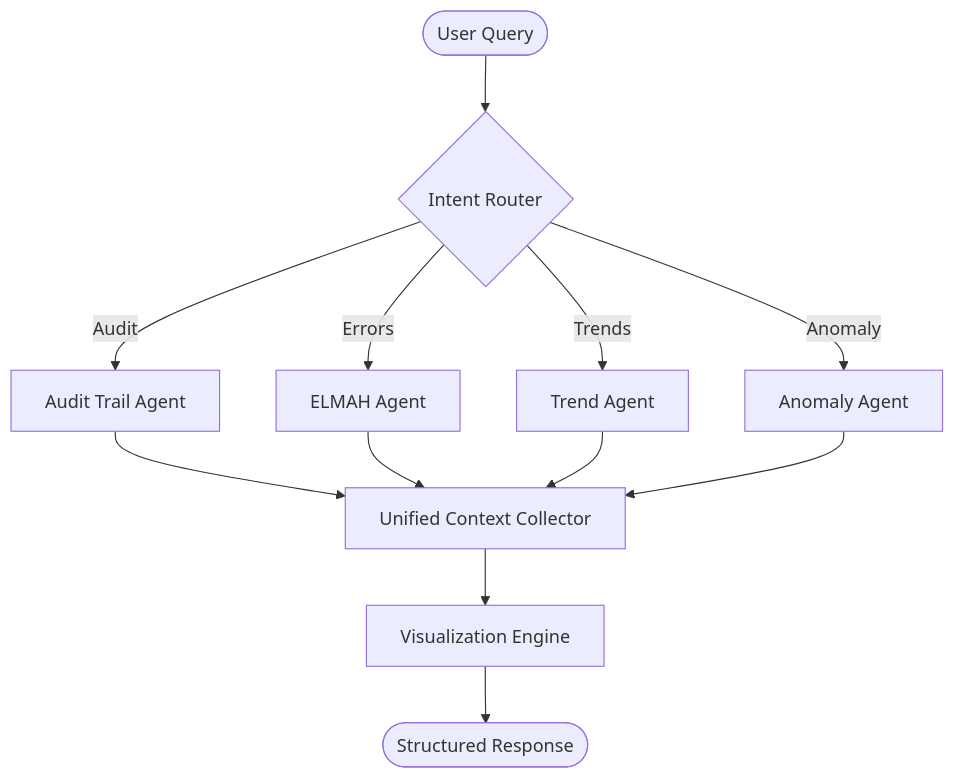
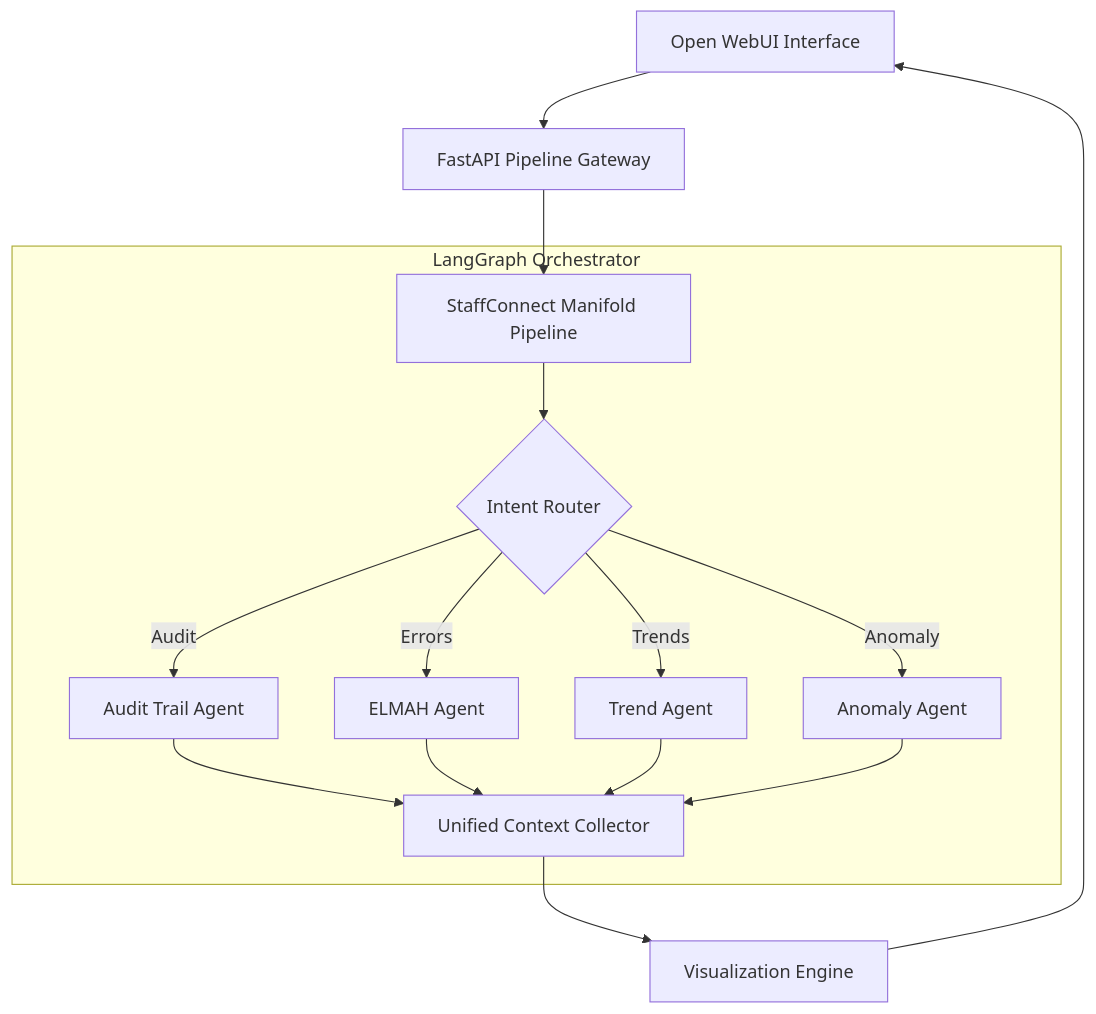
One commit to s8m21/Multi-Agent-SQL-Pipeline changed the diagram in README.md. Above: the diagram before and after it, drawn with Mermaid. The commit also changed other lines of this file, not shown here.

Commit message:
docs: integrate Open WebUI Pipelines framework details

````diff
--- a/README.md
+++ b/README.md
@@ -53,17 +45,18 @@
 ```mermaid
 graph TD
-    User([User Query]) --> Router{Intent Router}
-
-    Router -- "Audit" --> AA[Audit Trail Agent]
-    Router -- "Errors" --> EA[ELMAH Agent]
-    Router -- "Trends" --> TA[Trend Agent]
-    Router -- "Anomaly" --> ANA[Anomaly Agent]
-
-    AA --> Collector[Unified Context Collector]
-    EA --> Collector
-    TA --> Collector
-    ANA --> Collector
+    UI[Open WebUI Interface] --> Gateway[FastAPI Pipeline Gateway]
+    Gateway --> Pipeline[StaffConnect Manifold Pipeline]
+    
+    subgraph LangGraph Orchestrator
+        Pipeline --> Router{Intent Router}
+        Router -- "Audit" --> AA[Audit Trail Agent]
+        Router -- "Errors" --> EA[ELMAH Agent]
+        Router -- "Trends" --> TA[Trend Agent]
+        Router -- "Anomaly" --> ANA[Anomaly Agent]
+        
+        AA & EA & TA & ANA --> Collector[Unified Context Collector]
+    end
 
     Collector --> Viz[Visualization Engine]
-    Viz --> Response([Structured Response])
+    Viz --> UI
 ```
````
